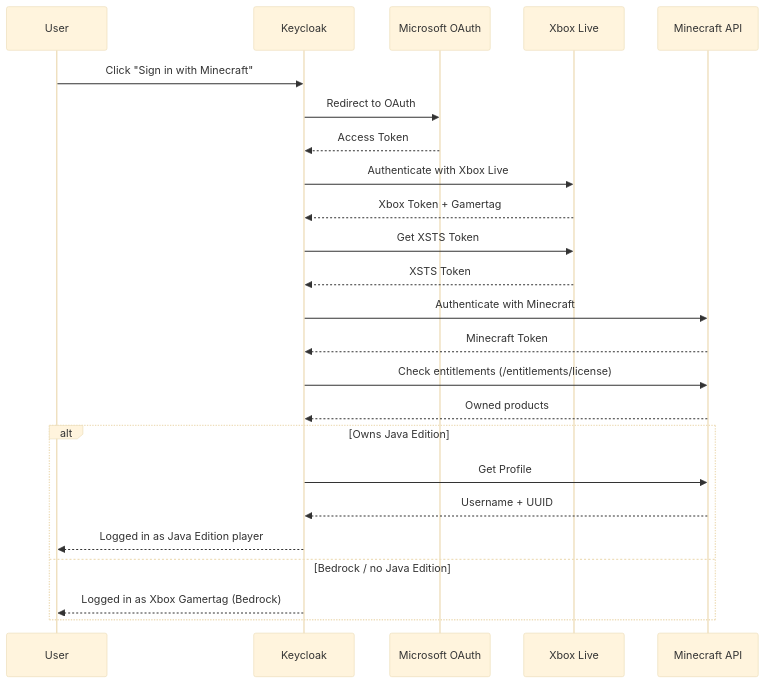
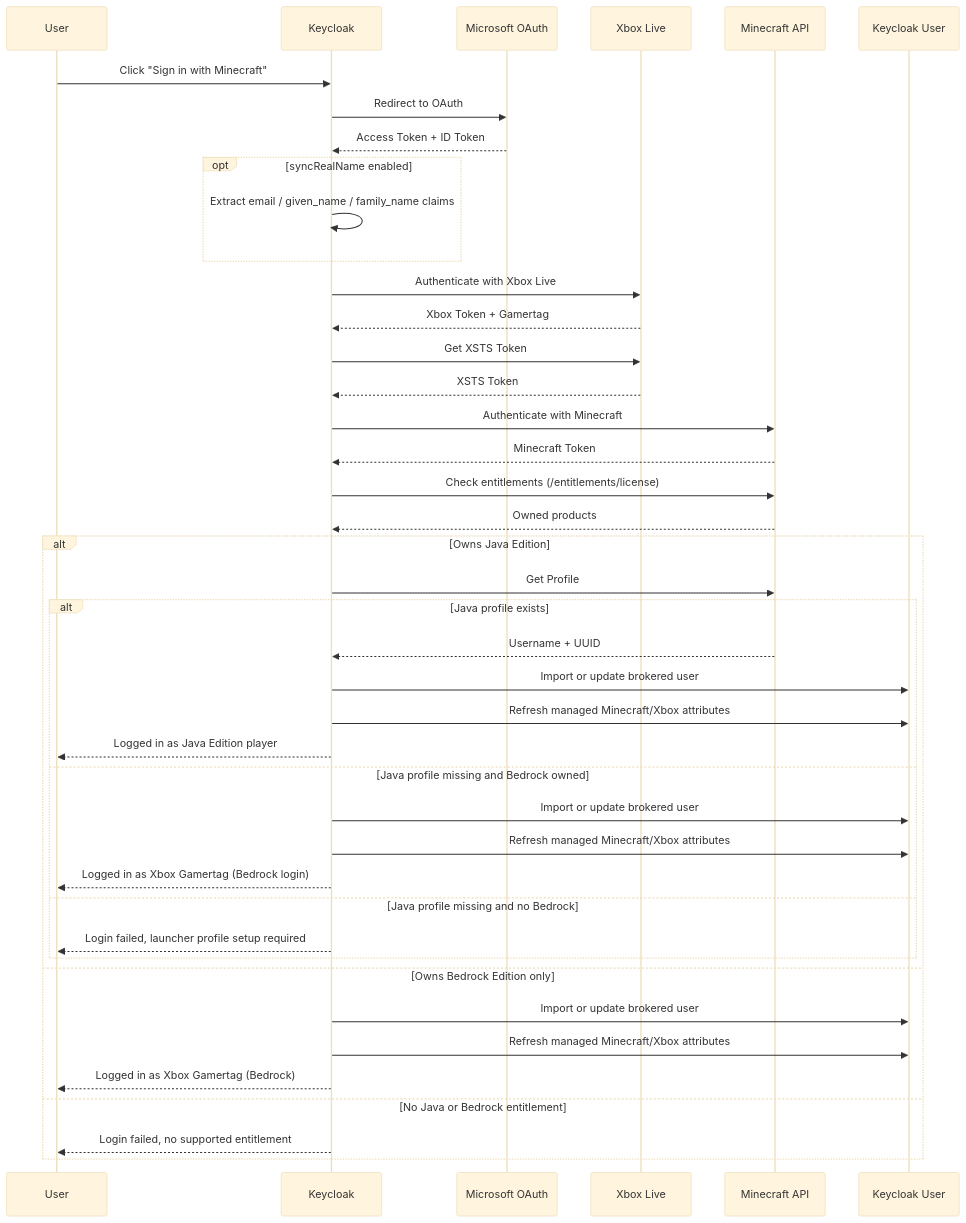
One commit to groundsgg/keycloak-minecraft-idp changed the diagram in README.md. Above: the diagram before and after it, drawn with Mermaid (base theme). The commit also changed other lines of this file and 25 other files, not shown here.

````diff
--- a/README.md
+++ b/README.md
@@ -43,27 +43,45 @@
 ```mermaid
 sequenceDiagram
     participant User
     participant Keycloak
     participant Microsoft as Microsoft OAuth
     participant Xbox as Xbox Live
     participant MC as Minecraft API
+    participant UserStore as Keycloak User
 
     User->>Keycloak: Click "Sign in with Minecraft"
     Keycloak->>Microsoft: Redirect to OAuth
-    Microsoft-->>Keycloak: Access Token
+    Microsoft-->>Keycloak: Access Token + ID Token
+    opt syncRealName enabled
+        Keycloak->>Keycloak: Extract email / given_name / family_name claims
+    end
     Keycloak->>Xbox: Authenticate with Xbox Live
     Xbox-->>Keycloak: Xbox Token + Gamertag
     Keycloak->>Xbox: Get XSTS Token
     Xbox-->>Keycloak: XSTS Token
     Keycloak->>MC: Authenticate with Minecraft
     MC-->>Keycloak: Minecraft Token
     Keycloak->>MC: Check entitlements (/entitlements/license)
     MC-->>Keycloak: Owned products
     alt Owns Java Edition
         Keycloak->>MC: Get Profile
-        MC-->>Keycloak: Username + UUID
-        Keycloak-->>User: Logged in as Java Edition player
-    else Bedrock / no Java Edition
+        alt Java profile exists
+            MC-->>Keycloak: Username + UUID
+            Keycloak->>UserStore: Import or update brokered user
+            Keycloak->>UserStore: Refresh managed Minecraft/Xbox attributes
+            Keycloak-->>User: Logged in as Java Edition player
+        else Java profile missing and Bedrock owned
+            Keycloak->>UserStore: Import or update brokered user
+            Keycloak->>UserStore: Refresh managed Minecraft/Xbox attributes
+            Keycloak-->>User: Logged in as Xbox Gamertag (Bedrock login)
+        else Java profile missing and no Bedrock
+            Keycloak-->>User: Login failed, launcher profile setup required
+        end
+    else Owns Bedrock Edition only
+        Keycloak->>UserStore: Import or update brokered user
+        Keycloak->>UserStore: Refresh managed Minecraft/Xbox attributes
         Keycloak-->>User: Logged in as Xbox Gamertag (Bedrock)
+    else No Java or Bedrock entitlement
+        Keycloak-->>User: Login failed, no supported entitlement
     end
 ```
````
